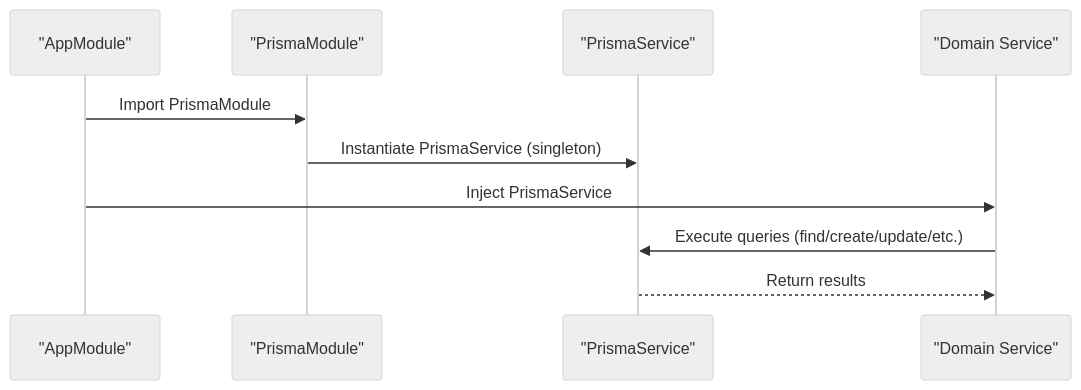
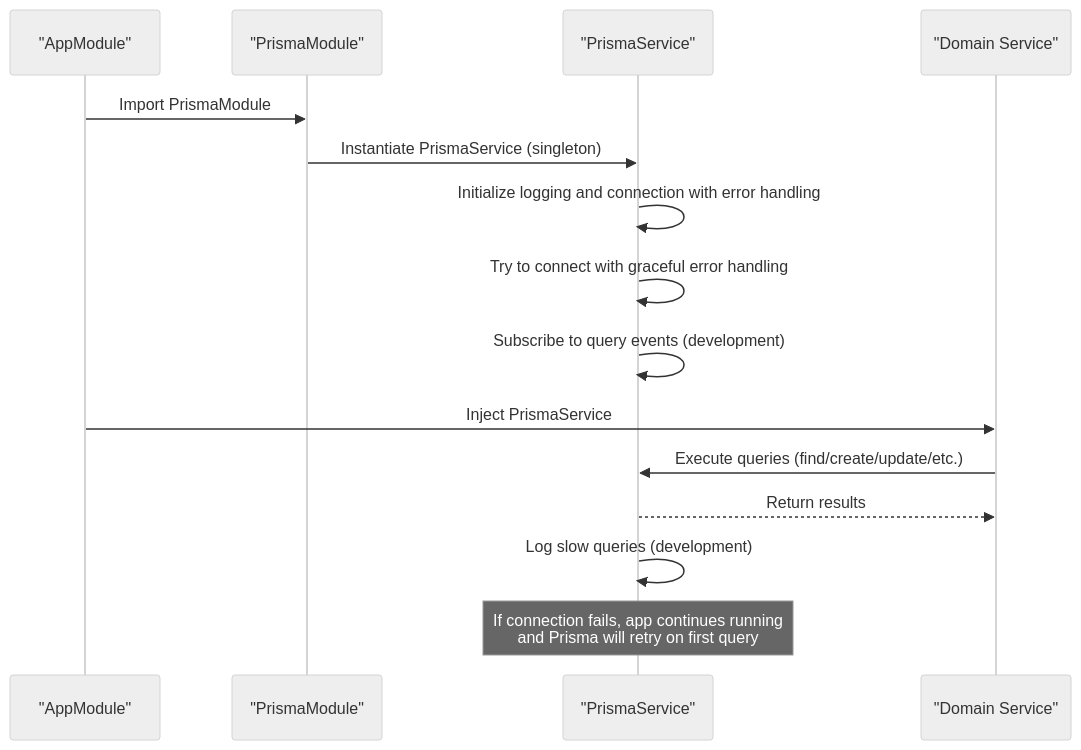
One commit to Avi-Bendetsky/Quiz-to-build changed the second of 7 diagrams in .qoder/repowiki/en/content/Shared Libraries/Database Library.md. Above: the diagram before and after it, drawn with Mermaid (neutral theme). The commit also changed other lines of this file and 41 other files, not shown here.

````diff
--- a/.qoder/repowiki/en/content/Shared Libraries/Database Library.md
+++ b/.qoder/repowiki/en/content/Shared Libraries/Database Library.md
@@ -106,12 +132,17 @@
 ```mermaid
 sequenceDiagram
 participant App as "AppModule"
 participant PM as "PrismaModule"
 participant PS as "PrismaService"
 participant Svc as "Domain Service"
 App->>PM : Import PrismaModule
 PM->>PS : Instantiate PrismaService (singleton)
+PS->>PS : Initialize logging and connection with error handling
+PS->>PS : Try to connect with graceful error handling
+PS->>PS : Subscribe to query events (development)
 App->>Svc : Inject PrismaService
 Svc->>PS : Execute queries (find/create/update/etc.)
 PS-->>Svc : Return results
+PS->>PS : Log slow queries (development)
+Note over PS : If connection fails, app continues running<br/>and Prisma will retry on first query
 ```
````
